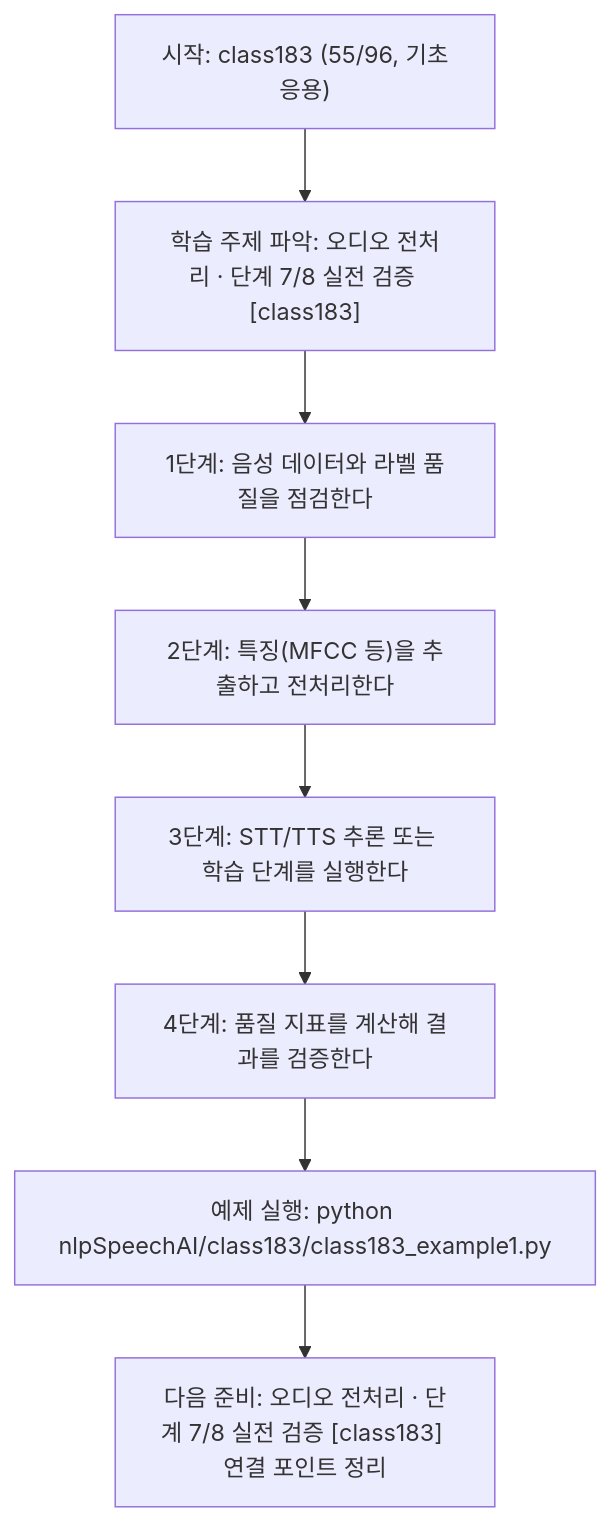
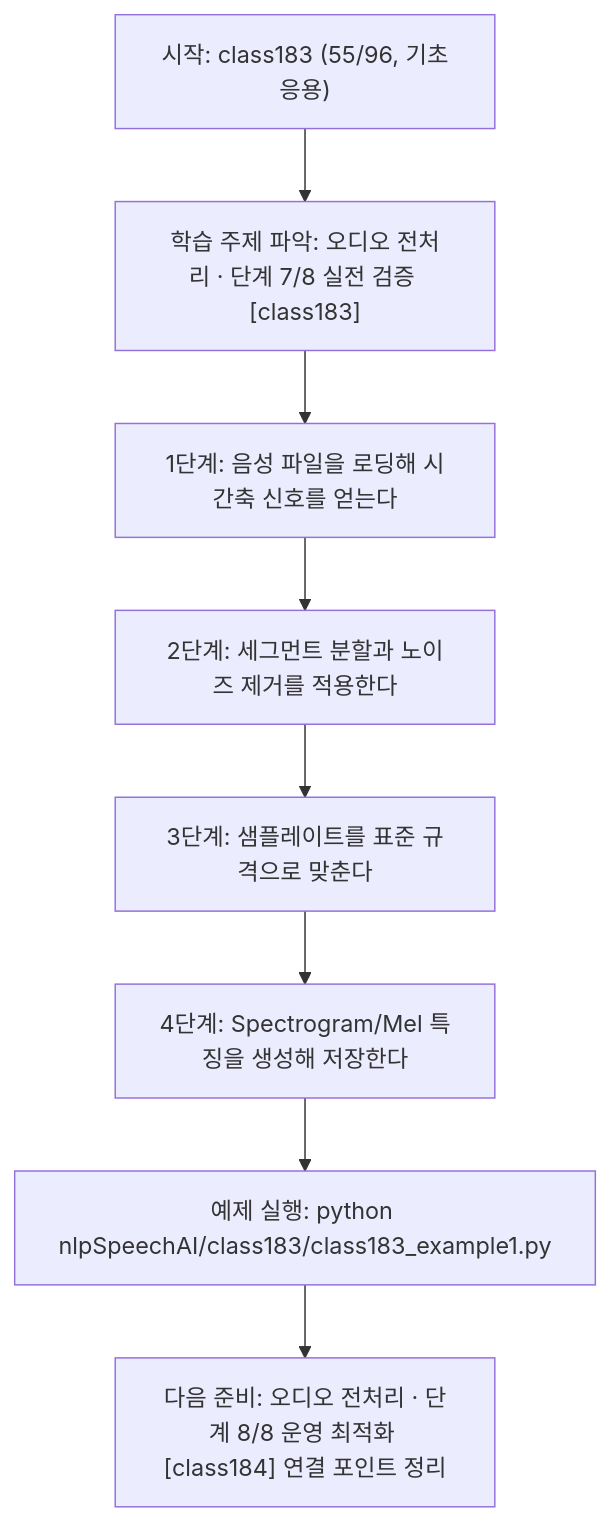
One commit to edumgt/Python-AI_Agent-Class changed the diagram in nlpSpeechAI/class183/class183.md. Above: the diagram before and after it, drawn with Mermaid. The commit also changed other lines of this file and 1122 other files, not shown here.

````diff
--- a/nlpSpeechAI/class183/class183.md
+++ b/nlpSpeechAI/class183/class183.md
@@ -113,18 +95,18 @@
 ```mermaid
 flowchart TD
 N1["시작: class183 (55/96, 기초응용)"]
 N2["학습 주제 파악: 오디오 전처리 · 단계 7/8 실전 검증 [class183]"]
-N3["1단계: 음성 데이터와 라벨 품질을 점검한다"]
-N4["2단계: 특징(MFCC 등)을 추출하고 전처리한다"]
-N5["3단계: STT/TTS 추론 또는 학습 단계를 실행한다"]
-N6["4단계: 품질 지표를 계산해 결과를 검증한다"]
+N3["1단계: 음성 파일을 로딩해 시간축 신호를 얻는다"]
+N4["2단계: 세그먼트 분할과 노이즈 제거를 적용한다"]
+N5["3단계: 샘플레이트를 표준 규격으로 맞춘다"]
+N6["4단계: Spectrogram/Mel 특징을 생성해 저장한다"]
 N7["예제 실행: python nlpSpeechAI/class183/class183_example1.py"]
-N8["다음 준비: 오디오 전처리 · 단계 7/8 실전 검증 [class183] 연결 포인트 정리"]
+N8["다음 준비: 오디오 전처리 · 단계 8/8 운영 최적화 [class184] 연결 포인트 정리"]
 N1 --> N2
 N2 --> N3
 N3 --> N4
 N4 --> N5
 N5 --> N6
 N6 --> N7
 N7 --> N8
 ```
````
